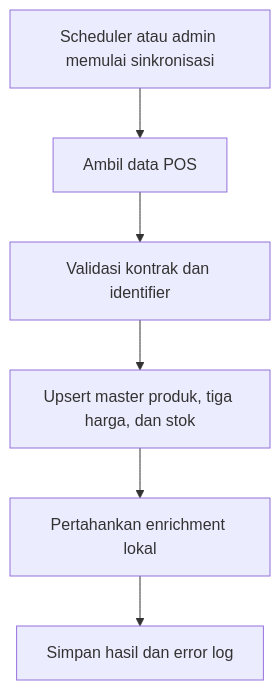
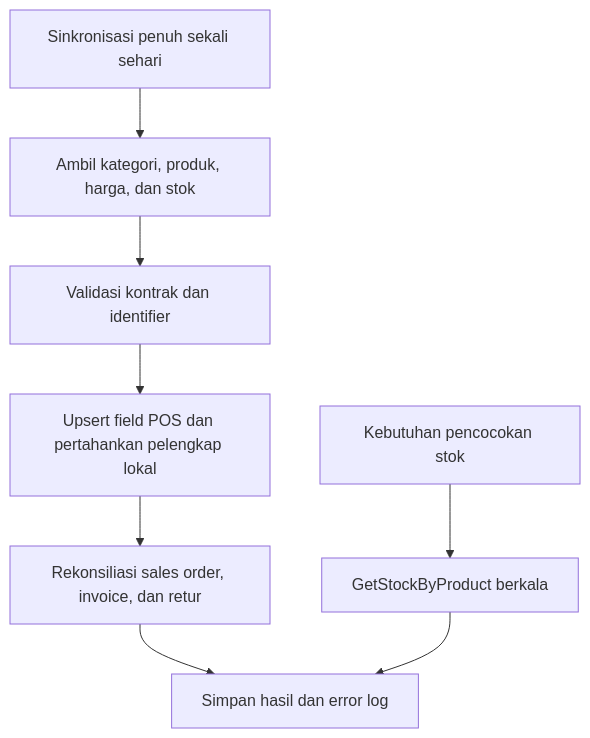
Before and after one commit to Webekspres/pixel-komunika: the fourth of 4 diagrams in docs/requirements/BRD.md, drawn with Mermaid. The commit also changed other lines of this file and 3 other files, not shown here.

````diff
--- a/docs/requirements/BRD.md
+++ b/docs/requirements/BRD.md
@@ -311,8 +322,10 @@
 ```mermaid
 flowchart TD
-    A[Scheduler atau admin memulai sinkronisasi] --> B[Ambil data POS]
+    A[Sinkronisasi penuh sekali sehari] --> B[Ambil kategori, produk, harga, dan stok]
     B --> C[Validasi kontrak dan identifier]
-    C --> D[Upsert master produk, tiga harga, dan stok]
-    D --> E[Pertahankan enrichment lokal]
+    C --> D[Upsert field POS dan pertahankan pelengkap lokal]
+    D --> E[Rekonsiliasi sales order, invoice, dan retur]
     E --> F[Simpan hasil dan error log]
+    G[Kebutuhan pencocokan stok] --> H[GetStockByProduct berkala]
+    H --> F
 ```
````
